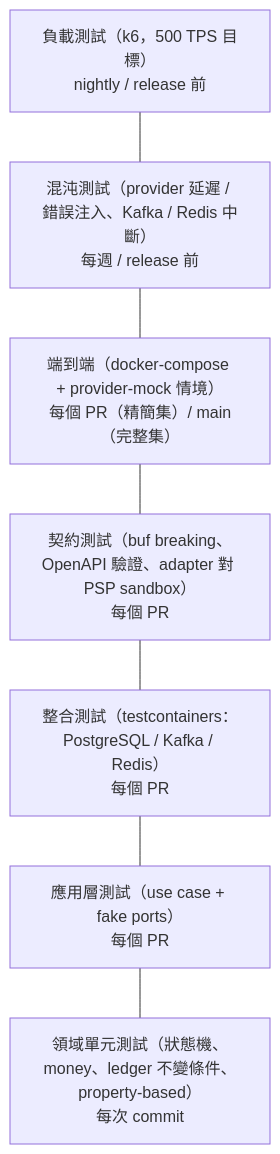
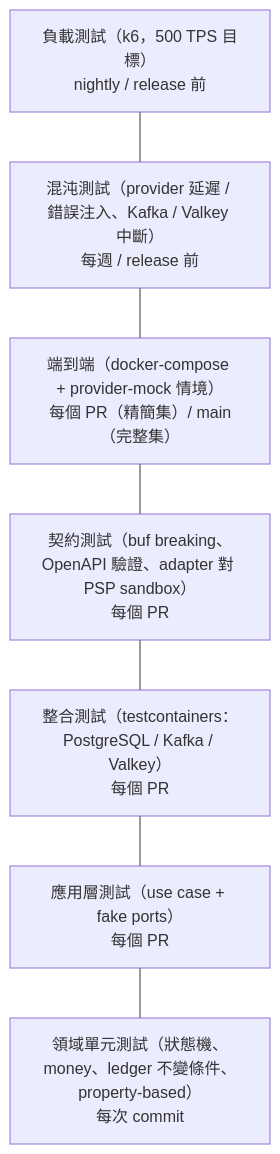
The first of 2 diagrams in docs/09-testing-strategy.md (tenghongzou/PaymentGateway), drawn with Mermaid before and after one commit. The commit also changed other lines of this file and 41 other files, not shown here.

First line of the commit message:
P0: replace Redis with Valkey across code, deploy, CI and docs (ADR-0013)

````diff
--- a/docs/09-testing-strategy.md
+++ b/docs/09-testing-strategy.md
@@ -7,11 +7,11 @@
 ```mermaid
 flowchart TB
     L7["負載測試（k6，500 TPS 目標）<br/>nightly / release 前"]
-    L6["混沌測試（provider 延遲 / 錯誤注入、Kafka / Redis 中斷）<br/>每週 / release 前"]
+    L6["混沌測試（provider 延遲 / 錯誤注入、Kafka / Valkey 中斷）<br/>每週 / release 前"]
     L5["端到端（docker-compose + provider-mock 情境）<br/>每個 PR（精簡集）/ main（完整集）"]
     L4["契約測試（buf breaking、OpenAPI 驗證、adapter 對 PSP sandbox）<br/>每個 PR"]
-    L3["整合測試（testcontainers：PostgreSQL / Kafka / Redis）<br/>每個 PR"]
+    L3["整合測試（testcontainers：PostgreSQL / Kafka / Valkey）<br/>每個 PR"]
     L2["應用層測試（use case + fake ports）<br/>每個 PR"]
     L1["領域單元測試（狀態機、money、ledger 不變條件、property-based）<br/>每次 commit"]
     L7 --- L6 --- L5 --- L4 --- L3 --- L2 --- L1
 ```
````
